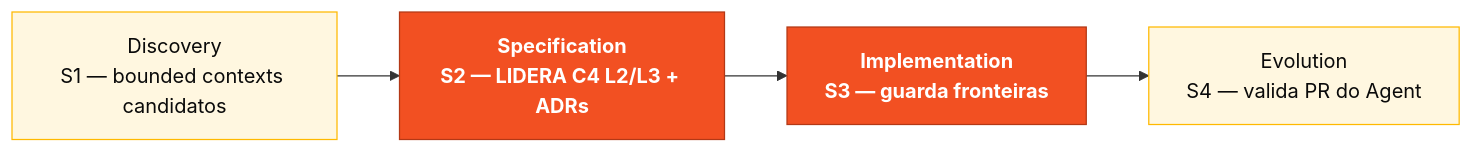
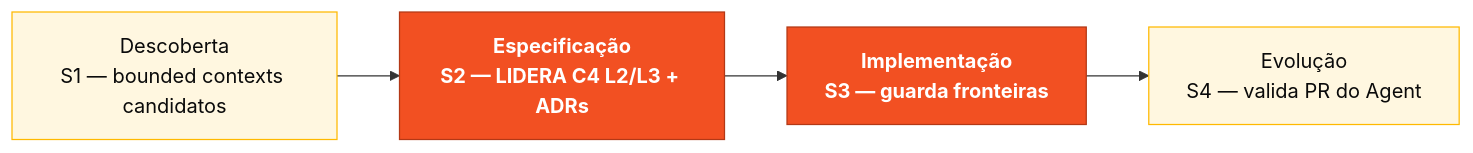
Before and after one commit to paulasilvatech/hackathon-datacorp-team-kit: the diagram in pt-br/persona-kits/04-software-architect/PERSONA.md, drawn with Mermaid. The commit also changed other lines of this file and 172 other files, not shown here.

````diff
--- a/pt-br/persona-kits/04-software-architect/PERSONA.md
+++ b/pt-br/persona-kits/04-software-architect/PERSONA.md
@@ -19,12 +19,12 @@
 ```mermaid
 flowchart LR
  classDef current fill:#F25022,stroke:#B33816,color:#fff,font-weight:bold
  classDef support fill:#FFF7E0,stroke:#FFB900,color:#0A0A0A
 
- D[Discovery<br/>S1 — bounded contexts candidatos]:::support
- SP[Specification<br/>S2 — LIDERA C4 L2/L3 + ADRs]:::current
- IM[Implementation<br/>S3 — guarda fronteiras]:::current
- EV[Evolution<br/>S4 — valida PR do Agent]:::support
+ D[Descoberta<br/>S1 — bounded contexts candidatos]:::support
+ SP[Especificação<br/>S2 — LIDERA C4 L2/L3 + ADRs]:::current
+ IM[Implementação<br/>S3 — guarda fronteiras]:::current
+ EV[Evolução<br/>S4 — valida PR do Agent]:::support
 
  D --> SP --> IM --> EV
 ```
````
